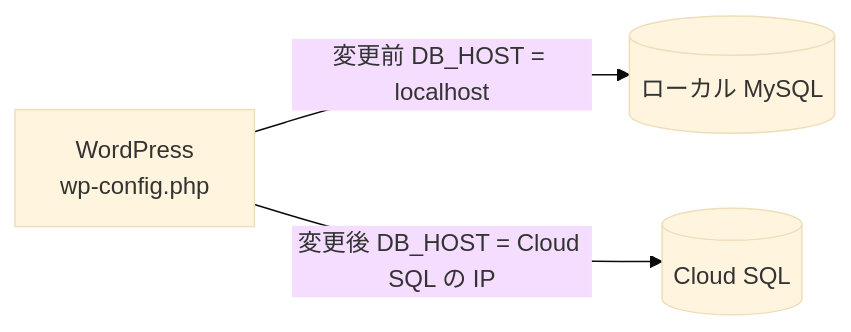
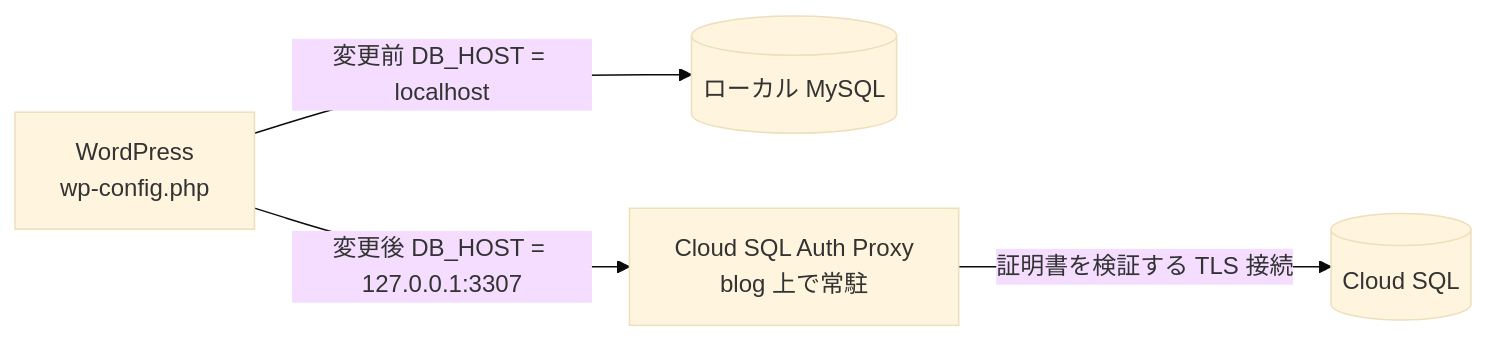
One commit to myoshi2891/Cloud-Infrastructure-and-Network-Studies changed the eighth of 10 diagrams in Gcp-cloudsql-wordpress-migration-guide.md. Above: the diagram before and after it, drawn with Mermaid (base theme). The commit also changed other lines of this file and 2 other files, not shown here.

Commit message:
docs(gcp): route wordpress through auth proxy and harden cleanup checks in apache and bastion guides

````diff
--- a/Gcp-cloudsql-wordpress-migration-guide.md
+++ b/Gcp-cloudsql-wordpress-migration-guide.md
@@ -581,5 +581,6 @@
 ```mermaid
 flowchart LR
     WP["WordPress<br/>wp-config.php"] -->|"変更前 DB_HOST = localhost"| L[("ローカル MySQL")]
-    WP -->|"変更後 DB_HOST = Cloud SQL の IP"| C[("Cloud SQL")]
+    WP -->|"変更後 DB_HOST = 127.0.0.1:3307"| P["Cloud SQL Auth Proxy<br/>blog 上で常駐"]
+    P -->|"証明書を検証する TLS 接続"| C[("Cloud SQL")]
 ```
````
